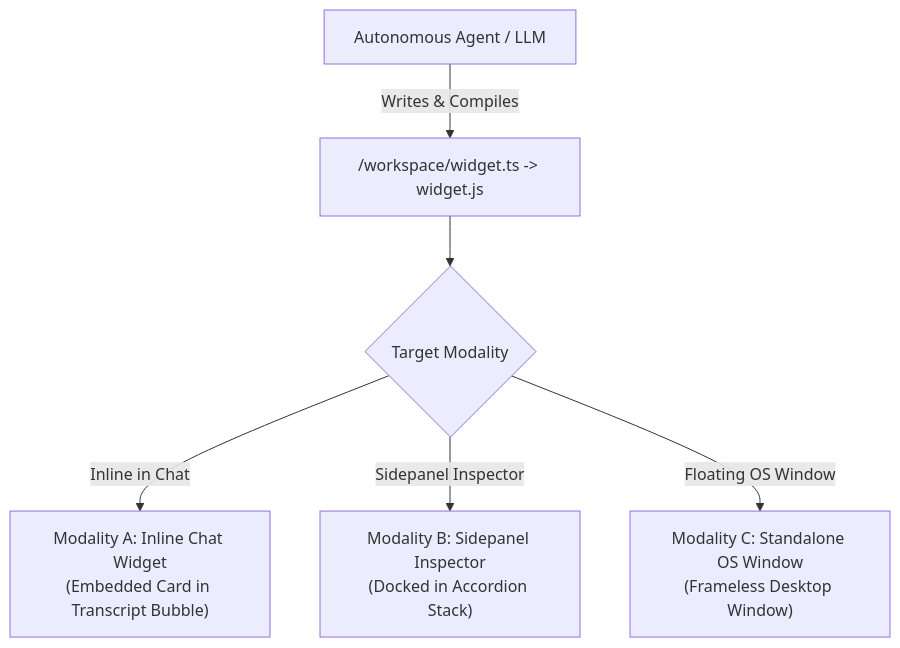
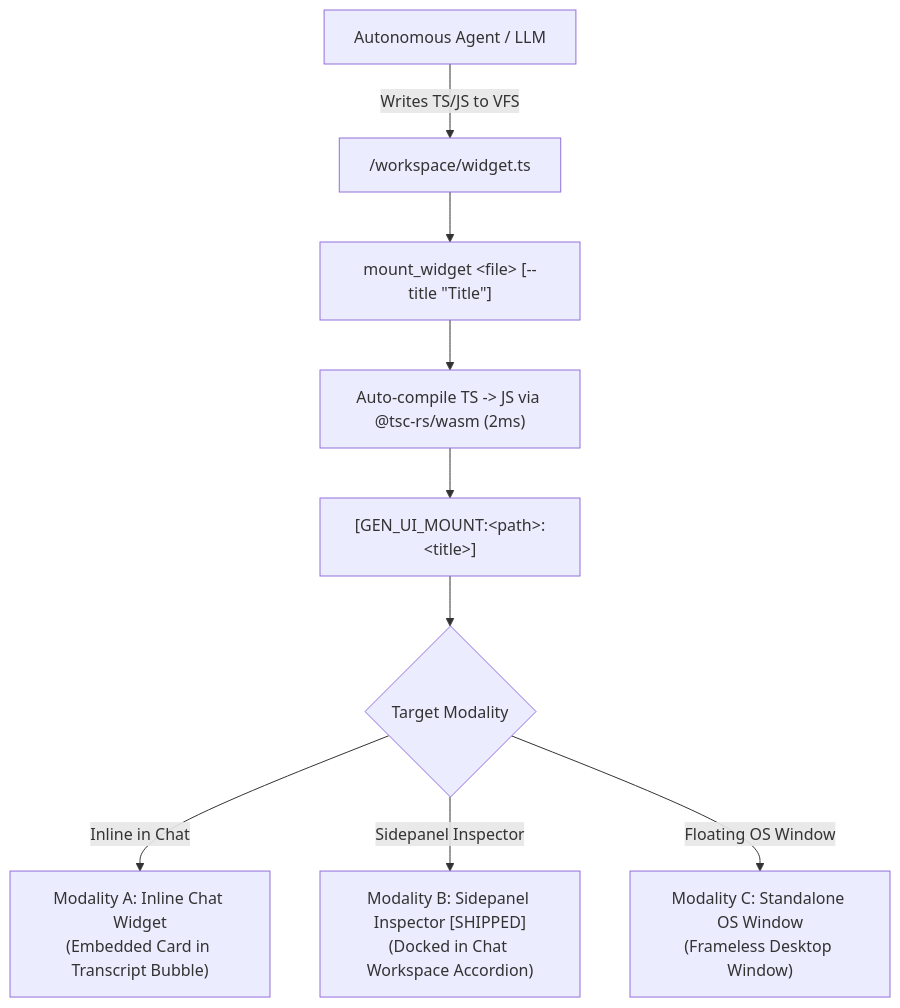
The first of 2 diagrams in docs/proposal-in-memory-sandboxes-and-edge-wasm.md (dasilva333/airi), drawn with Mermaid before and after one commit. The commit also changed other lines of this file and 6 other files, not shown here.

First line of the commit message:
feat(sandbox): phase 7a generative UI widget persistence and auto-rehydration

````diff
--- a/docs/proposal-in-memory-sandboxes-and-edge-wasm.md
+++ b/docs/proposal-in-memory-sandboxes-and-edge-wasm.md
@@ -113,8 +114,11 @@
 ```mermaid
 flowchart TD
-    LLM["Autonomous Agent / LLM"] -->|Writes & Compiles| TS["/workspace/widget.ts -> widget.js"]
-    TS --> Decision{"Target Modality"}
+    LLM["Autonomous Agent / LLM"] -->|Writes TS/JS to VFS| File["/workspace/widget.ts"]
+    File --> CLI["mount_widget &lt;file&gt; [--title &quot;Title&quot;]"]
+    CLI --> Comp["Auto-compile TS -> JS via @tsc-rs/wasm (2ms)"]
+    Comp --> Emits["[GEN_UI_MOUNT:&lt;path&gt;:&lt;title&gt;]"]
+    Emits --> Decision{"Target Modality"}
     Decision -->|Inline in Chat| M1["Modality A: Inline Chat Widget<br/>(Embedded Card in Transcript Bubble)"]
-    Decision -->|Sidepanel Inspector| M2["Modality B: Sidepanel Inspector<br/>(Docked in Accordion Stack)"]
+    Decision -->|Sidepanel Inspector| M2["Modality B: Sidepanel Inspector [SHIPPED]<br/>(Docked in Chat Workspace Accordion)"]
     Decision -->|Floating OS Window| M3["Modality C: Standalone OS Window<br/>(Frameless Desktop Window)"]
 ```
````
